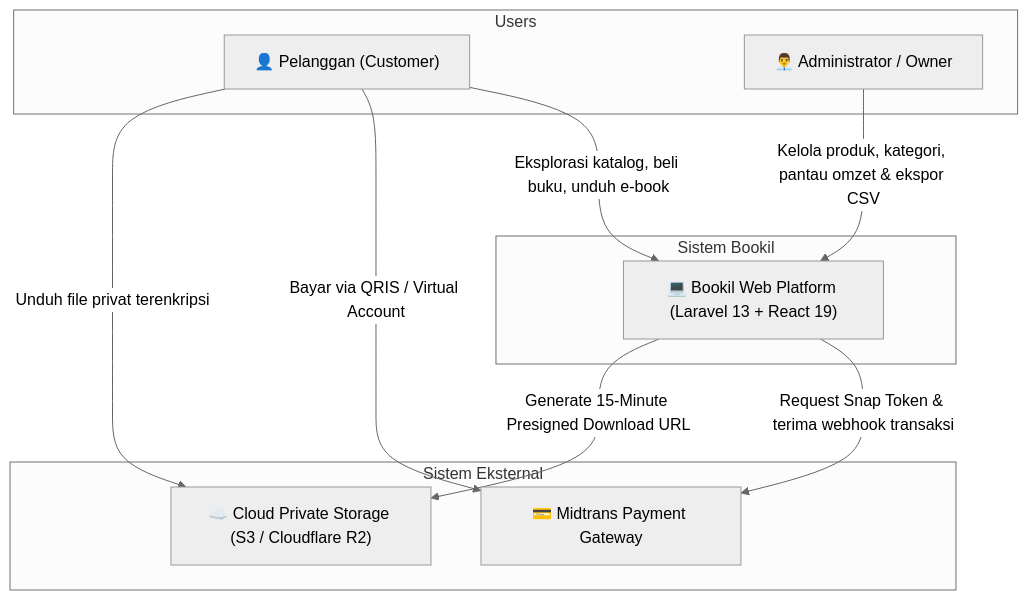
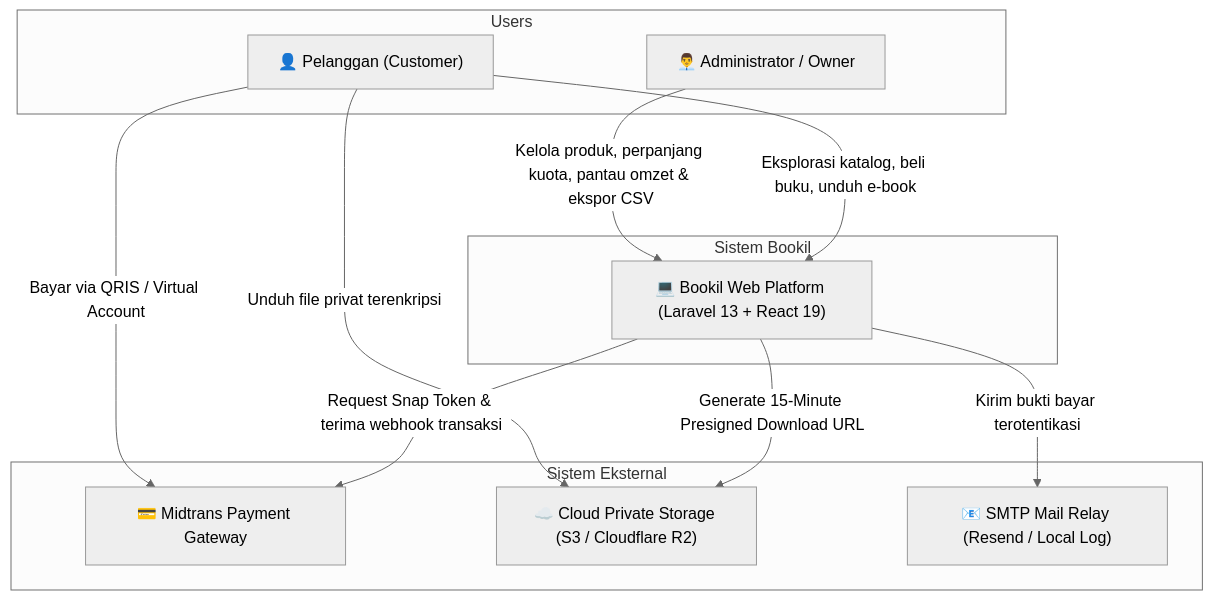
One commit to MasRizqi07/harisenin-bookil-fsd changed the first of 7 diagrams in Architecture.md. Above: the diagram before and after it, drawn with Mermaid (neutral theme). The commit also changed other lines of this file and 8 other files, not shown here.

````diff
--- a/Architecture.md
+++ b/Architecture.md
@@ -43,23 +46,25 @@
 ```mermaid
 graph TD
     subgraph Users
         Customer["👤 Pelanggan (Customer)"]
         Admin["👨‍💼 Administrator / Owner"]
     end
 
     subgraph BookilSystem ["Sistem Bookil"]
         BookilApp["💻 Bookil Web Platform (Laravel 13 + React 19)"]
     end
 
     subgraph ExternalSystems ["Sistem Eksternal"]
         Midtrans["💳 Midtrans Payment Gateway"]
         CloudStorage["☁️ Cloud Private Storage (S3 / Cloudflare R2)"]
+        MailRelay["📧 SMTP Mail Relay (Resend / Local Log)"]
     end
 
     Customer -->|"Eksplorasi katalog, beli buku, unduh e-book"| BookilApp
-    Admin -->|"Kelola produk, kategori, pantau omzet & ekspor CSV"| BookilApp
+    Admin -->|"Kelola produk, perpanjang kuota, pantau omzet & ekspor CSV"| BookilApp
     BookilApp -->|"Request Snap Token & terima webhook transaksi"| Midtrans
     Customer -->|"Bayar via QRIS / Virtual Account"| Midtrans
     BookilApp -->|"Generate 15-Minute Presigned Download URL"| CloudStorage
     Customer -->|"Unduh file privat terenkripsi"| CloudStorage
+    BookilApp -->|"Kirim bukti bayar terotentikasi"| MailRelay
 ```
````
